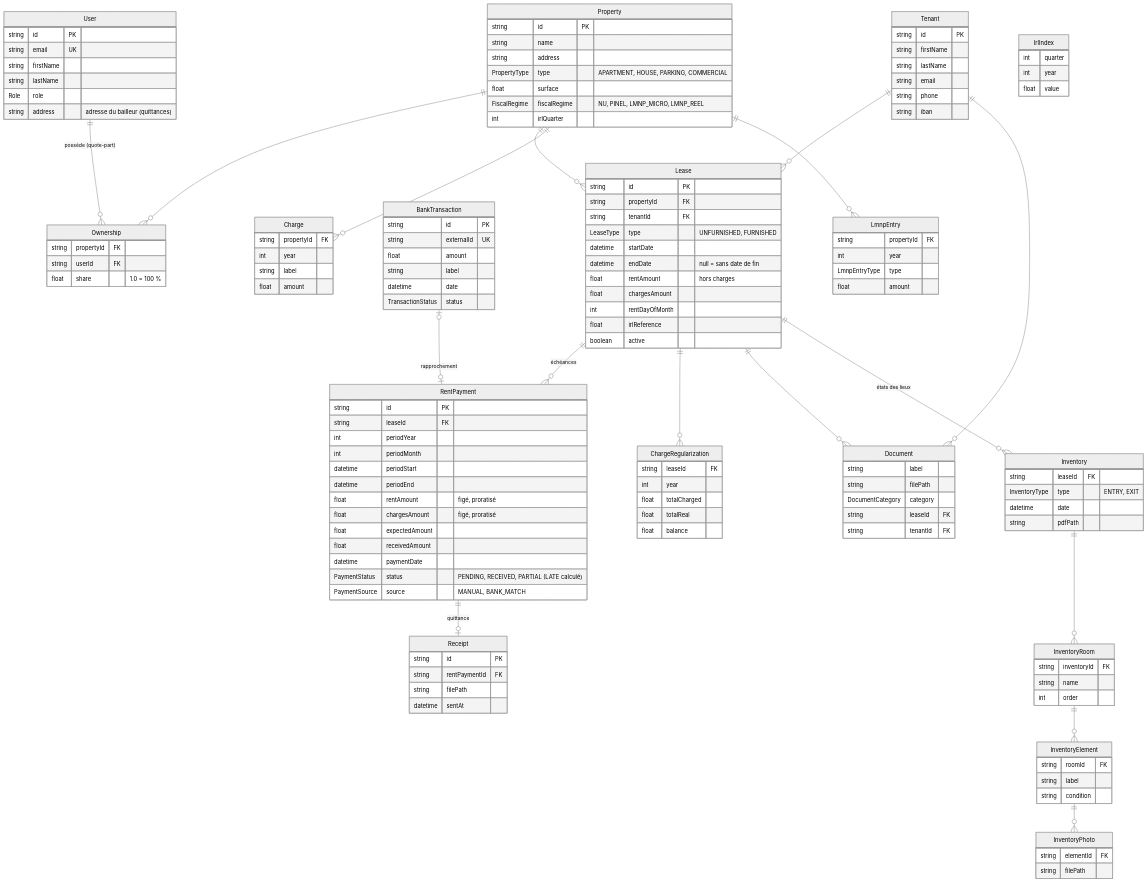
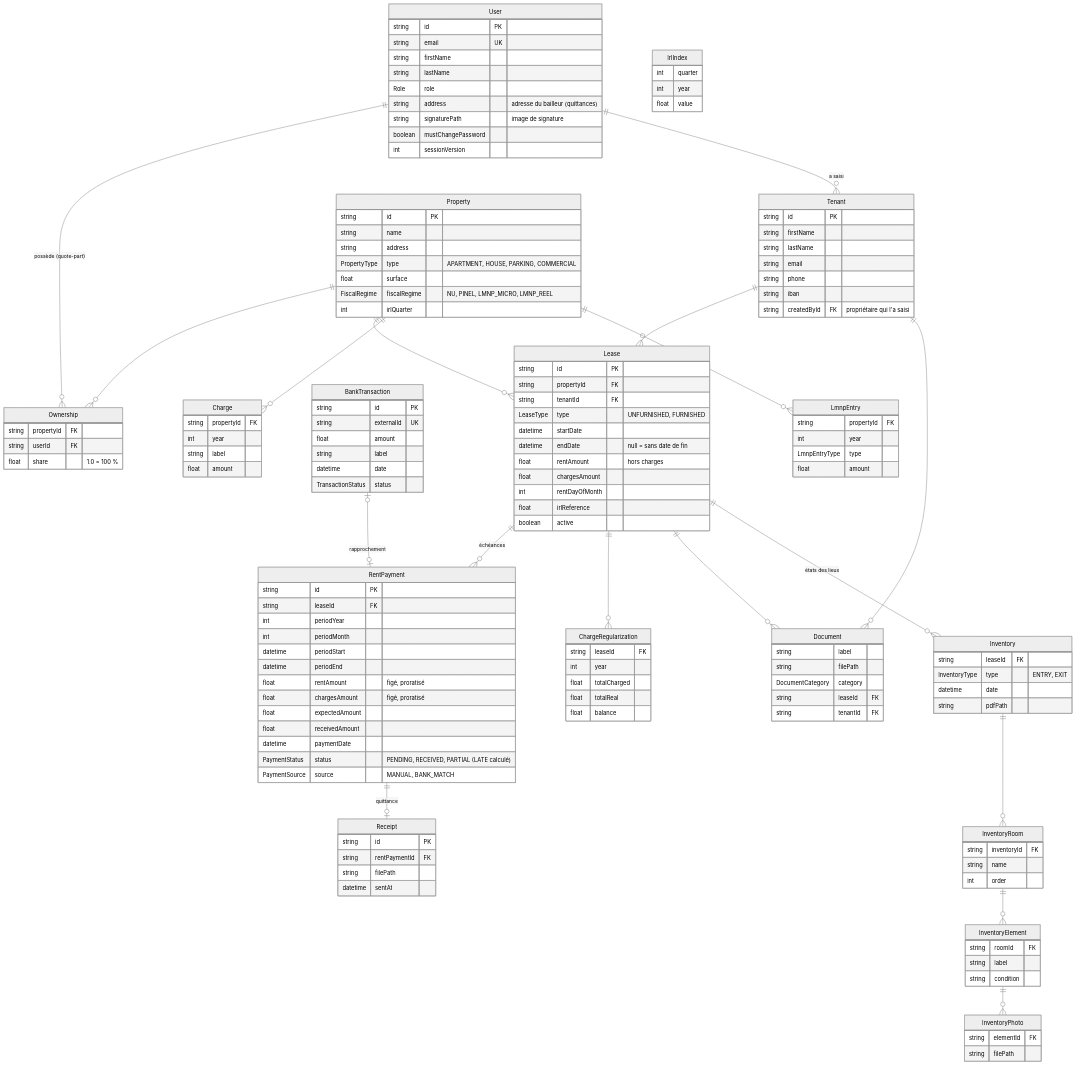
The second of 2 diagrams in docs/ARCHITECTURE.md (asthom8-collab/gestion_locative), drawn with Mermaid (neutral theme) before and after one commit. The commit also changed other lines of this file and 21 other files, not shown here.

````diff
--- a/docs/ARCHITECTURE.md
+++ b/docs/ARCHITECTURE.md
@@ -84,6 +108,7 @@
 ```mermaid
 erDiagram
   User ||--o{ Ownership : "possède (quote-part)"
+  User ||--o{ Tenant : "a saisi"
   Property ||--o{ Ownership : ""
   Property ||--o{ Lease : ""
   Tenant ||--o{ Lease : ""
@@ -107,6 +132,9 @@
     string lastName
     Role role
     string address "adresse du bailleur (quittances)"
+    string signaturePath "image de signature"
+    boolean mustChangePassword
+    int sessionVersion
   }
   Property {
     string id PK
@@ -129,6 +157,7 @@
     string email
     string phone
     string iban
+    string createdById FK "propriétaire qui l'a saisi"
   }
   Lease {
     string id PK
````
